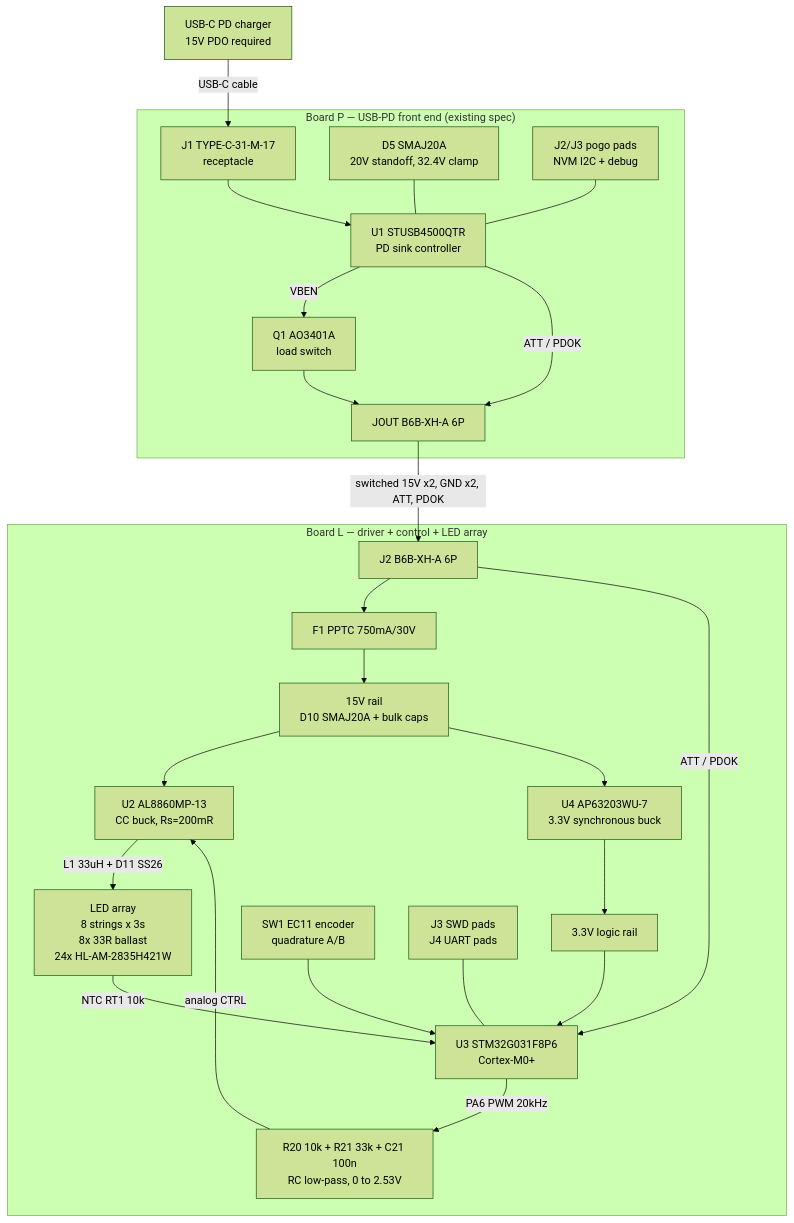
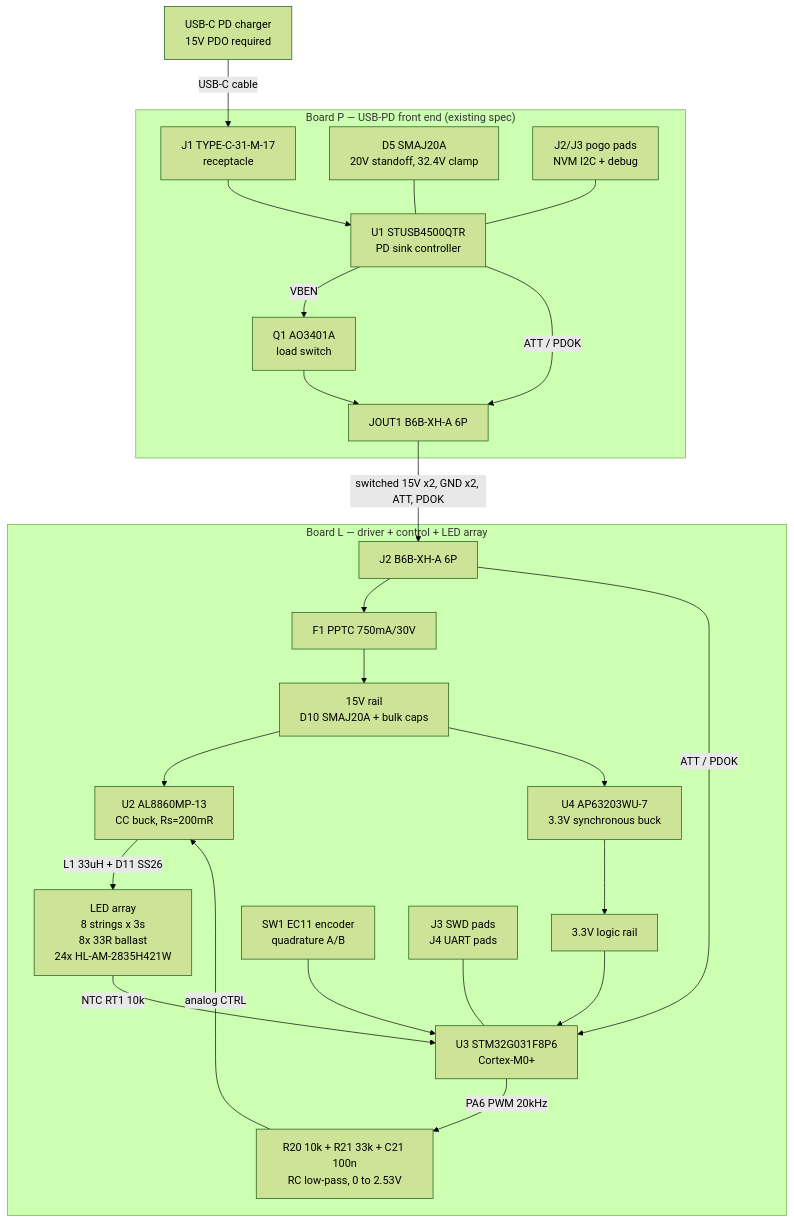
The diagram in doc/src/content/docs/architecture/overview.mdx (Takazudo/zudo-led-lamp), drawn with Mermaid (forest theme) before and after one commit. The commit also changed 5 other files, not shown here.

First line of the commit message:
docs: reconcile architecture docs with the generated schematics

````diff
--- a/doc/src/content/docs/architecture/overview.mdx
+++ b/doc/src/content/docs/architecture/overview.mdx
@@ -41,49 +41,49 @@
 ```mermaid
 flowchart TD;
   CHG["USB-C PD charger\n15V PDO required"];
 
   subgraph BP["Board P — USB-PD front end (existing spec)"];
     J1["J1 TYPE-C-31-M-17\nreceptacle"];
     U1["U1 STUSB4500QTR\nPD sink controller"];
     Q1["Q1 AO3401A\nload switch"];
     D5["D5 SMAJ20A\n20V standoff, 32.4V clamp"];
     J2P["J2/J3 pogo pads\nNVM I2C + debug"];
-    JOUT["JOUT B6B-XH-A 6P"];
+    JOUT1["JOUT1 B6B-XH-A 6P"];
     J1 --> U1;
     U1 -->|"VBEN"| Q1;
     D5 --- U1;
     J2P --- U1;
-    Q1 --> JOUT;
-    U1 -->|"ATT / PDOK"| JOUT;
+    Q1 --> JOUT1;
+    U1 -->|"ATT / PDOK"| JOUT1;
   end;
 
   subgraph BL["Board L — driver + control + LED array"];
     J2L["J2 B6B-XH-A 6P"];
     F1["F1 PPTC 750mA/30V"];
     V15["15V rail\nD10 SMAJ20A + bulk caps"];
     U2["U2 AL8860MP-13\nCC buck, Rs=200mR"];
     ARR["LED array\n8 strings x 3s\n8x 33R ballast\n24x HL-AM-2835H421W"];
     U4["U4 AP63203WU-7\n3.3V synchronous buck"];
     V33["3.3V logic rail"];
     U3["U3 STM32G031F8P6\nCortex-M0+"];
     SW1["SW1 EC11 encoder\nquadrature A/B"];
     RC["R20 10k + R21 33k + C21 100n\nRC low-pass, 0 to 2.53V"];
     J3L["J3 SWD pads\nJ4 UART pads"];
     J2L --> F1;
     F1 --> V15;
     V15 --> U2;
     U2 -->|"L1 33uH + D11 SS26"| ARR;
     ARR -->|"NTC RT1 10k"| U3;
     V15 --> U4;
     U4 --> V33;
     V33 --> U3;
     SW1 --> U3;
     U3 -->|"PA6 PWM 20kHz"| RC;
     RC -->|"analog CTRL"| U2;
     J3L --- U3;
     J2L -->|"ATT / PDOK"| U3;
   end;
 
   CHG -->|"USB-C cable"| J1;
-  JOUT -->|"switched 15V x2, GND x2, ATT, PDOK"| J2L;
+  JOUT1 -->|"switched 15V x2, GND x2, ATT, PDOK"| J2L;
 ```
````
